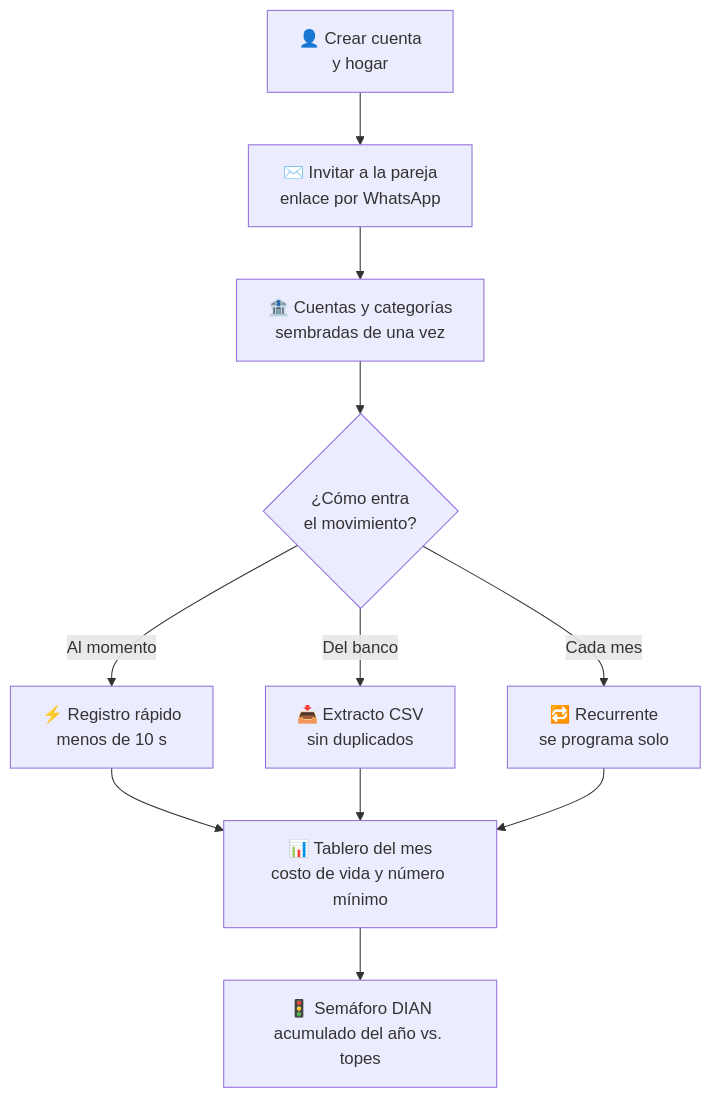
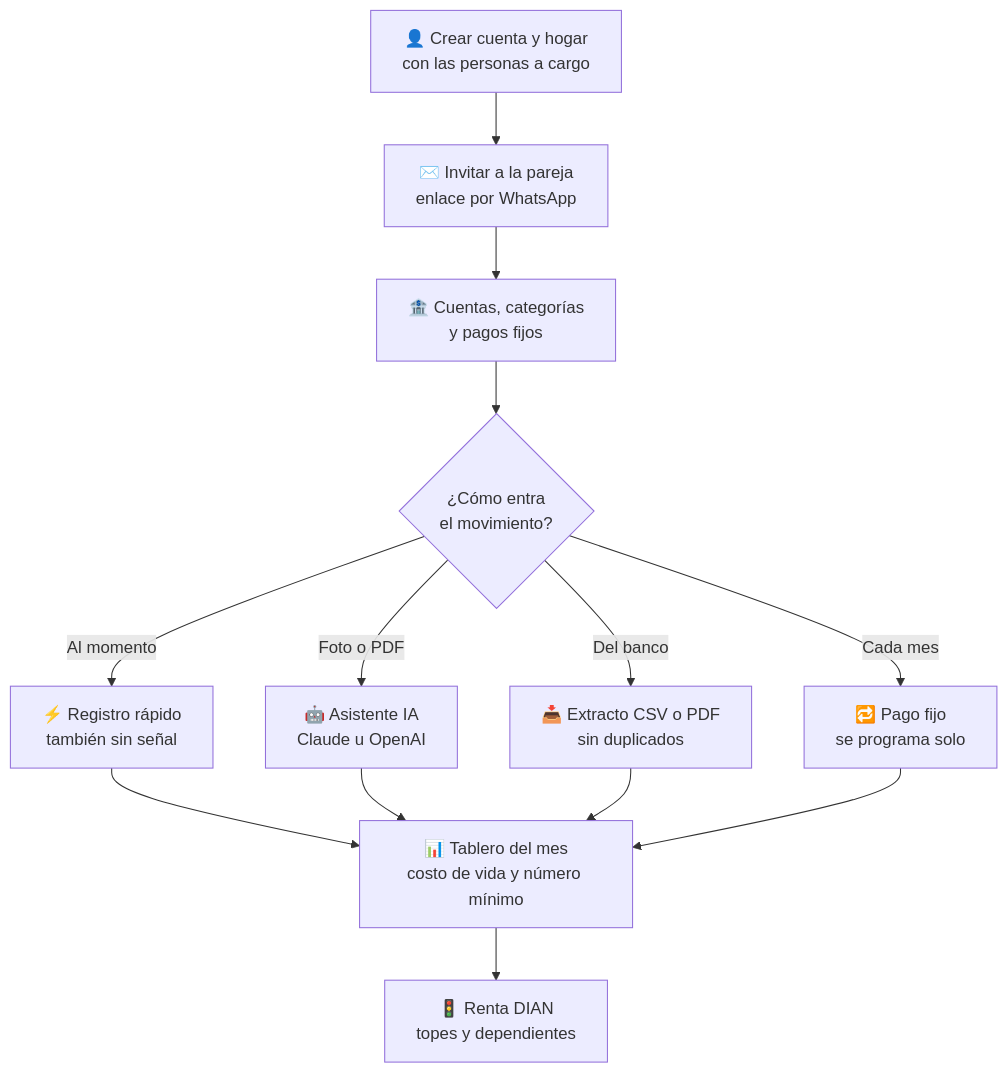
The first of 2 diagrams in README.md (Jaider45/My-House), drawn with Mermaid before and after one commit. The commit also changed other lines of this file and 72 other files, not shown here.

````diff
--- a/README.md
+++ b/README.md
@@ -116,13 +150,15 @@
 ```mermaid
 flowchart TD
-    A["👤 Crear cuenta<br/>y hogar"] --> B["✉️ Invitar a la pareja<br/>enlace por WhatsApp"]
-    B --> C["🏦 Cuentas y categorías<br/>sembradas de una vez"]
+    A["👤 Crear cuenta y hogar<br/>con las personas a cargo"] --> B["✉️ Invitar a la pareja<br/>enlace por WhatsApp"]
+    B --> C["🏦 Cuentas, categorías<br/>y pagos fijos"]
     C --> D{"¿Cómo entra<br/>el movimiento?"}
-    D -- "Al momento" --> E["⚡ Registro rápido<br/>menos de 10 s"]
-    D -- "Del banco" --> F["📥 Extracto CSV<br/>sin duplicados"]
-    D -- "Cada mes" --> G["🔁 Recurrente<br/>se programa solo"]
-    E --> H["📊 Tablero del mes<br/>costo de vida y número mínimo"]
-    F --> H
-    G --> H
-    H --> I["🚦 Semáforo DIAN<br/>acumulado del año vs. topes"]
+    D -- "Al momento" --> E["⚡ Registro rápido<br/>también sin señal"]
+    D -- "Foto o PDF" --> F["🤖 Asistente IA<br/>Claude u OpenAI"]
+    D -- "Del banco" --> G["📥 Extracto CSV o PDF<br/>sin duplicados"]
+    D -- "Cada mes" --> H["🔁 Pago fijo<br/>se programa solo"]
+    E --> I["📊 Tablero del mes<br/>costo de vida y número mínimo"]
+    F --> I
+    G --> I
+    H --> I
+    I --> J["🚦 Renta DIAN<br/>topes y dependientes"]
 ```
````
